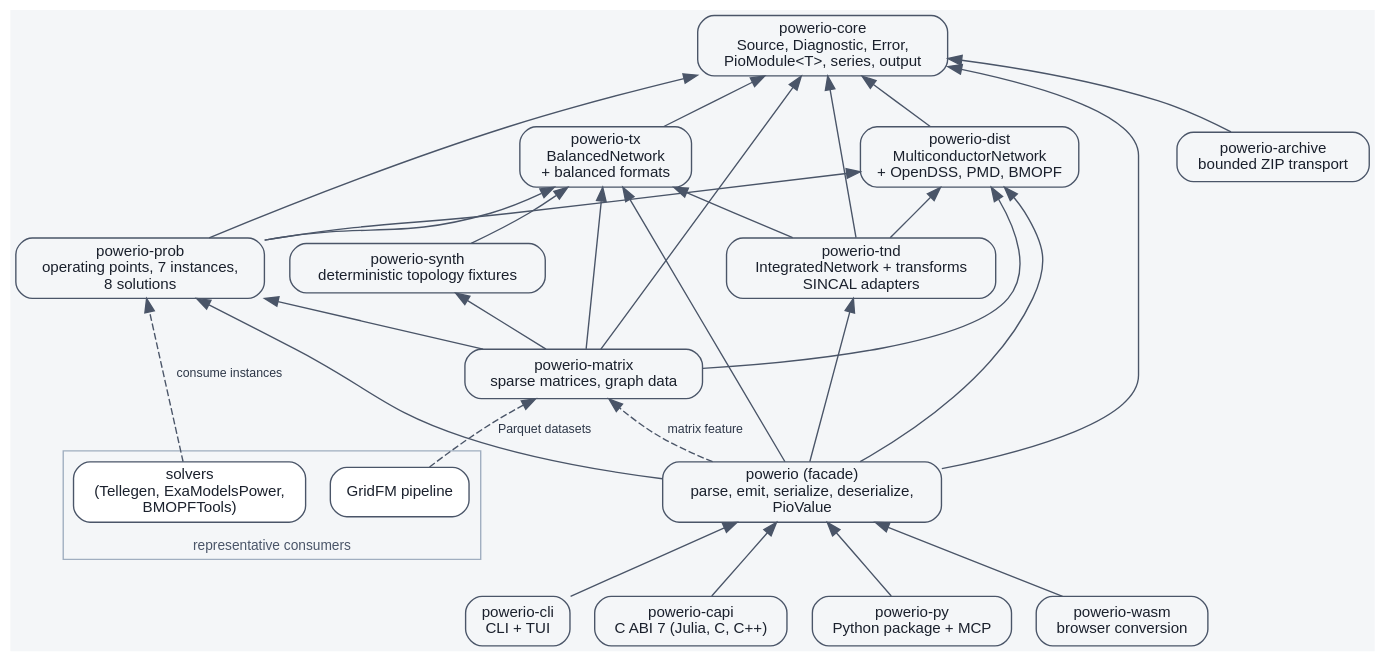
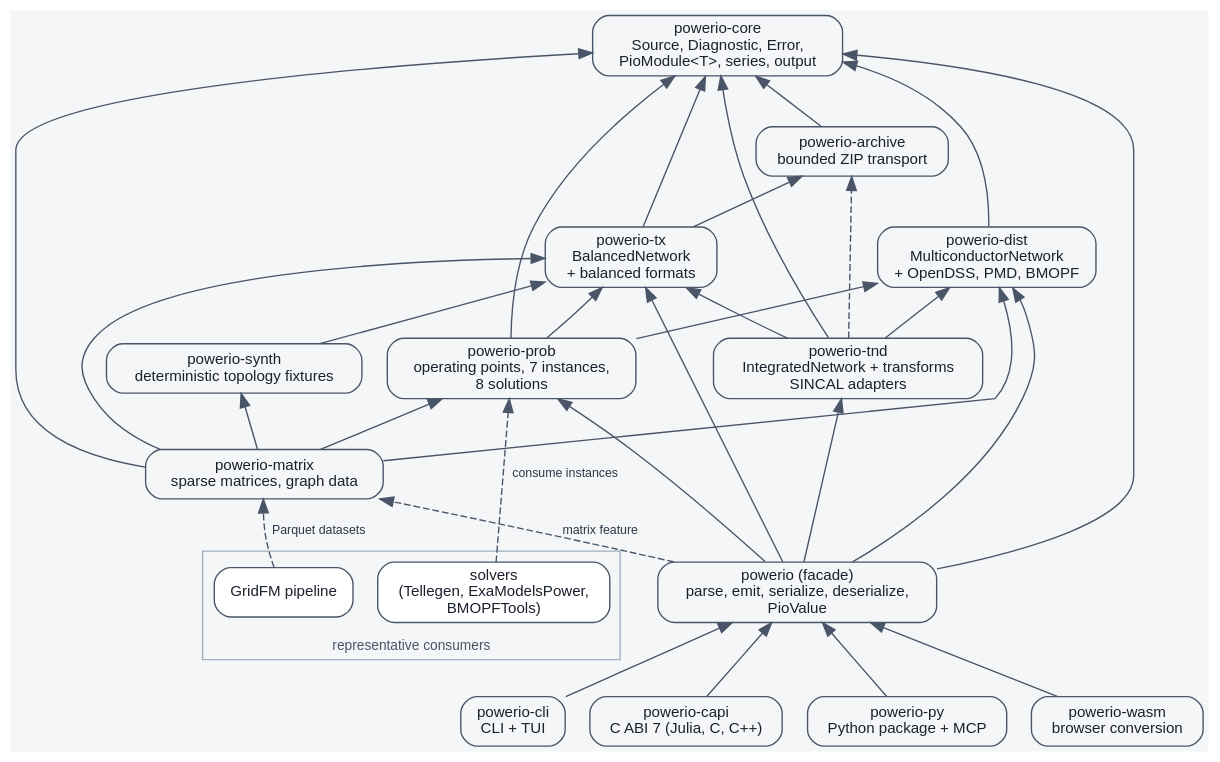
One commit to eigenergy/powerio changed the diagram in docs/diagrams/architecture.dot. Above: the diagram before and after it, drawn with Graphviz. The commit also changed 15 other files, not shown here.

```diff
--- a/docs/diagrams/architecture.dot
+++ b/docs/diagrams/architecture.dot
@@ -1,68 +1,70 @@
 // The primary architecture map: components, dependency direction, and the
 // two network families. Edges read "depends on" unless labeled. Checked
 // against cargo metadata by scripts/check-architecture-map.py; the committed
 // SVG is generated by the same script. Node ids that name crates must match
 // workspace member names exactly.
 digraph powerio_architecture {
     rankdir = BT;
     bgcolor = "#f4f6f8";
     node [shape = box, style = "rounded,filled", fillcolor = "#f4f6f8",
           color = "#4a5568", fontname = "Helvetica", fontsize = 11,
           fontcolor = "#1a202c"];
     edge [color = "#4a5568", fontname = "Helvetica", fontsize = 9,
           fontcolor = "#2d3748"];
 
     subgraph cluster_consumers {
         label = "representative consumers";
         fontname = "Helvetica"; fontsize = 10; color = "#a0aec0"; fontcolor = "#4a5568";
         solvers [label = "solvers\n(Tellegen, ExaModelsPower,\nBMOPFTools)", fillcolor = "#ffffff"];
         gridfm_ml [label = "GridFM pipeline", fillcolor = "#ffffff"];
     }
 
     "powerio-cli" [label = "powerio-cli\nCLI + TUI"];
     "powerio-capi" [label = "powerio-capi\nC ABI 7 (Julia, C, C++)"];
     "powerio-py" [label = "powerio-py\nPython package + MCP"];
     "powerio-wasm" [label = "powerio-wasm\nbrowser conversion"];
 
     powerio [label = "powerio (facade)\nparse, emit, serialize, deserialize,\nPioValue"];
 
     "powerio-matrix" [label = "powerio-matrix\nsparse matrices, graph data"];
     "powerio-synth" [label = "powerio-synth\ndeterministic topology fixtures"];
     "powerio-prob" [label = "powerio-prob\noperating points, 7 instances,\n8 solutions"];
 
     "powerio-tx" [label = "powerio-tx\nBalancedNetwork\n+ balanced formats"];
     "powerio-dist" [label = "powerio-dist\nMulticonductorNetwork\n+ OpenDSS, PMD, BMOPF"];
 
     "powerio-core" [label = "powerio-core\nSource, Diagnostic, Error,\nPioModule<T>, series, output"];
     "powerio-tnd" [label = "powerio-tnd\nIntegratedNetwork + transforms\nSINCAL adapters"];
 
     "powerio-archive" [label = "powerio-archive\nbounded ZIP transport"];
     "powerio-archive" -> "powerio-core";
+"powerio-tx" -> "powerio-archive";
+"powerio-tnd" -> "powerio-archive" [style=dashed];
     "powerio-synth" -> "powerio-tx";
     "powerio-tx" -> "powerio-core";
     "powerio-tnd" -> "powerio-tx";
     "powerio-tnd" -> "powerio-dist";
     "powerio-dist" -> "powerio-core";
     "powerio-tnd" -> "powerio-core";
     "powerio-prob" -> "powerio-core";
     "powerio-prob" -> "powerio-tx";
     "powerio-prob" -> "powerio-dist";
     "powerio-matrix" -> "powerio-core";
     "powerio-matrix" -> "powerio-tx";
     "powerio-matrix" -> "powerio-dist";
     "powerio-matrix" -> "powerio-prob";
     "powerio-matrix" -> "powerio-synth";
     powerio -> "powerio-core";
     powerio -> "powerio-tnd";
     powerio -> "powerio-tx";
     powerio -> "powerio-dist";
     powerio -> "powerio-prob";
     powerio -> "powerio-matrix" [label = "matrix feature", style = dashed];
     "powerio-cli" -> powerio;
     "powerio-capi" -> powerio;
     "powerio-py" -> powerio;
     "powerio-wasm" -> powerio;
 
     solvers -> "powerio-prob" [label = "consume instances", style = dashed];
     gridfm_ml -> "powerio-matrix" [label = "Parquet datasets", style = dashed];
 }
```
